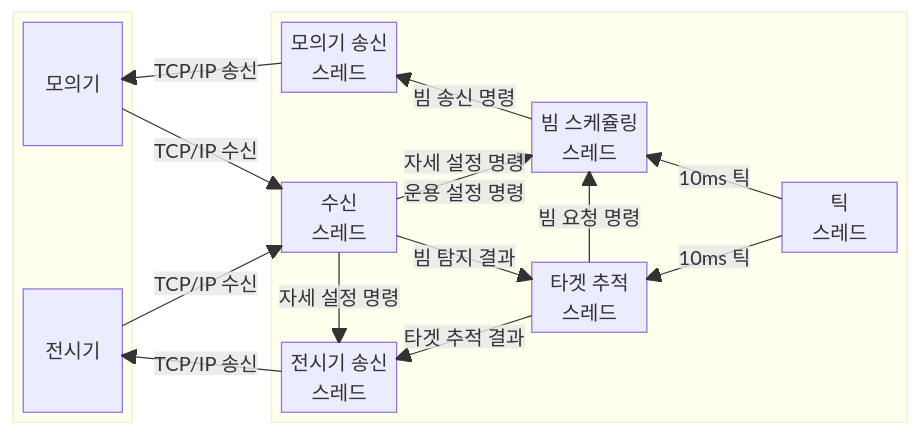
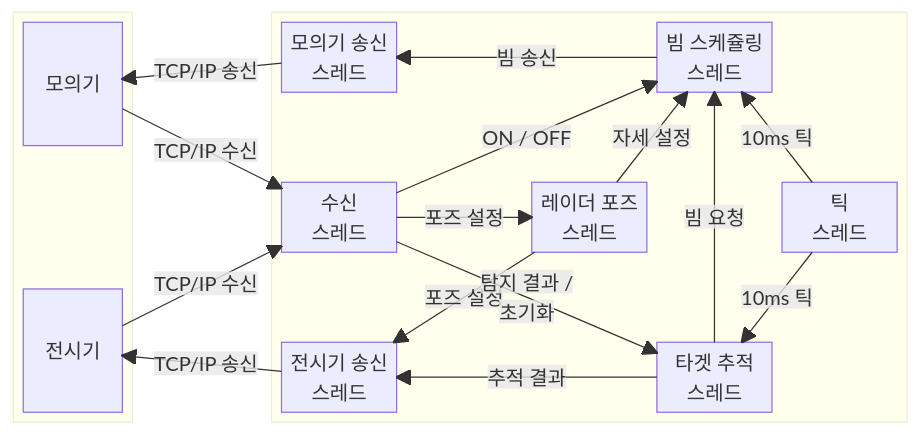
One commit to AESAlien/aesa-processor changed the second of 2 diagrams in README.md. Above: the diagram before and after it, drawn with Mermaid. The commit also changed other lines of this file and 81 other files, not shown here.

First line of the commit message:
feat: 레이더 포즈 처리를 pose 모듈로 통합

````diff
--- a/README.md
+++ b/README.md
@@ -36,34 +39,36 @@
 ```mermaid
 block-beta
     columns 7
 
     block:External:1
         columns 1
         Simulator["모의기"]
         space
         Console["전시기"]
     end
     space
     block:Processor:5
         columns 5
-        SimulatorSendWorker["모의기 송신<br/>스레드"] space:4
-        space:2 BeamWorker["빔 스케쥴링<br/>스레드"] space:2
-        CommReceiveWorker["수신<br/>스레드"] space:3 TickWorker["틱<br/>스레드"]
-        space:2 TargetWorker["타겟 추적<br/>스레드"] space:2
-        ConsoleSendWorker["전시기 송신<br/>스레드"] space:4
+        SimulatorSendWorker["모의기 송신<br/>스레드"] space:2 BeamWorker["빔 스케쥴링<br/>스레드"] space:1
+        space:5
+        CommReceiveWorker["수신<br/>스레드"] space PoseWorker["레이더 포즈<br/>스레드"] space:1 TickWorker["틱<br/>스레드"]
+        space:5
+        ConsoleSendWorker["전시기 송신<br/>스레드"] space:2 TargetWorker["타겟 추적<br/>스레드"] space
     end
 
     Simulator-- "TCP/IP 수신" -->CommReceiveWorker
     Console-- "TCP/IP 수신" -->CommReceiveWorker
     SimulatorSendWorker-- "TCP/IP 송신" -->Simulator
     ConsoleSendWorker-- "TCP/IP 송신" -->Console
 
+    PoseWorker-- "포즈 설정" -->ConsoleSendWorker
+    CommReceiveWorker-- "포즈 설정" -->PoseWorker
+    CommReceiveWorker-- "탐지 결과 /<br/>초기화" -->TargetWorker
+    CommReceiveWorker-- "ON / OFF" -->BeamWorker
+    PoseWorker-- "자세 설정" -->BeamWorker
+    TargetWorker-- "추적 결과" -->ConsoleSendWorker
+    TargetWorker-- "빔 요청" -->BeamWorker
+    BeamWorker-- "빔 송신" -->SimulatorSendWorker
+    TickWorker-- "10ms 틱" -->BeamWorker
     TickWorker-- "10ms 틱" -->TargetWorker
-    TickWorker-- "10ms 틱" -->BeamWorker
-    CommReceiveWorker-- "빔 탐지 결과" -->TargetWorker
-    CommReceiveWorker-- "자세 설정 명령<br/>운용 설정 명령" -->BeamWorker
-    CommReceiveWorker-- "자세 설정 명령" -->ConsoleSendWorker
-    TargetWorker-- "빔 요청 명령" -->BeamWorker
-    TargetWorker-- "타겟 추적 결과" -->ConsoleSendWorker
-    BeamWorker-- "빔 송신 명령" -->SimulatorSendWorker
 ```
````
